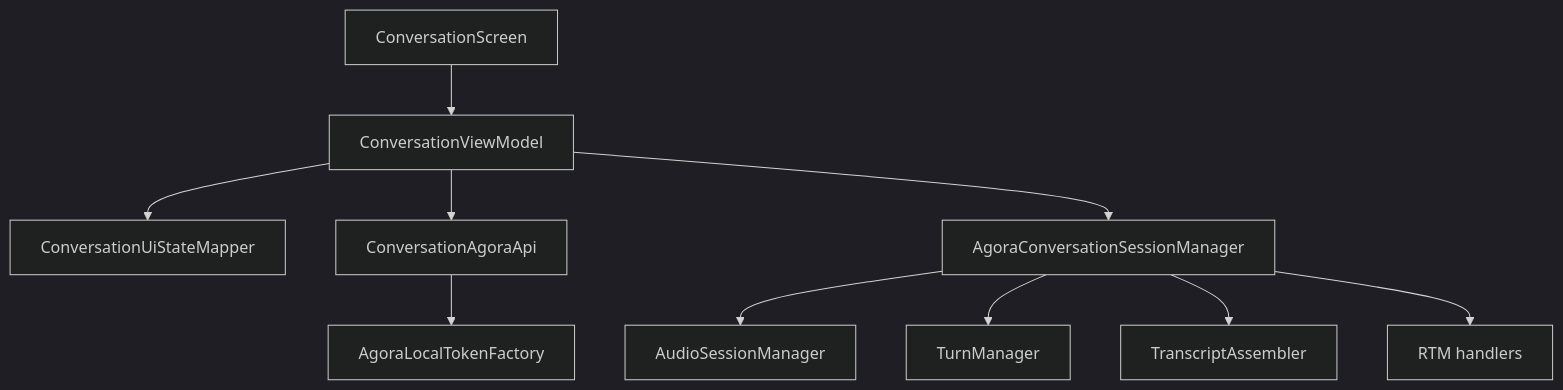
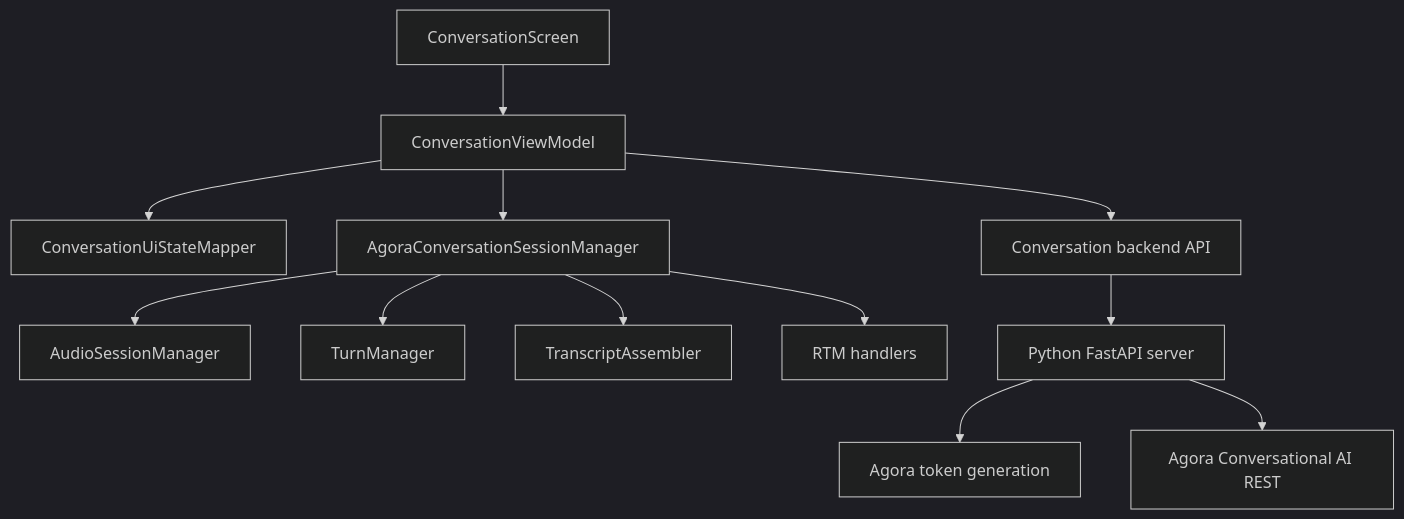
One commit to mahekaggarwal17/Sahayak changed the first of 5 diagrams in docs/architecture.md. Above: the diagram before and after it, drawn with Mermaid (dark theme). The commit also changed other lines of this file and 39 other files, not shown here.

Commit message:
add agora server for agent management

````diff
--- a/docs/architecture.md
+++ b/docs/architecture.md
@@ -48,12 +56,14 @@
 ```mermaid
 flowchart TD
     Screen["ConversationScreen"] --> VM["ConversationViewModel"]
     VM --> State["ConversationUiStateMapper"]
-    VM --> API["ConversationAgoraApi"]
+    VM --> API["Conversation backend API"]
     VM --> Session["AgoraConversationSessionManager"]
     Session --> Audio["AudioSessionManager"]
     Session --> Turns["TurnManager"]
     Session --> Transcript["TranscriptAssembler"]
     Session --> RTM["RTM handlers"]
-    API --> Tokens["AgoraLocalTokenFactory"]
+    API --> Server["Python FastAPI server"]
+    Server --> Tokens["Agora token generation"]
+    Server --> Rest["Agora Conversational AI REST"]
 ```
````
